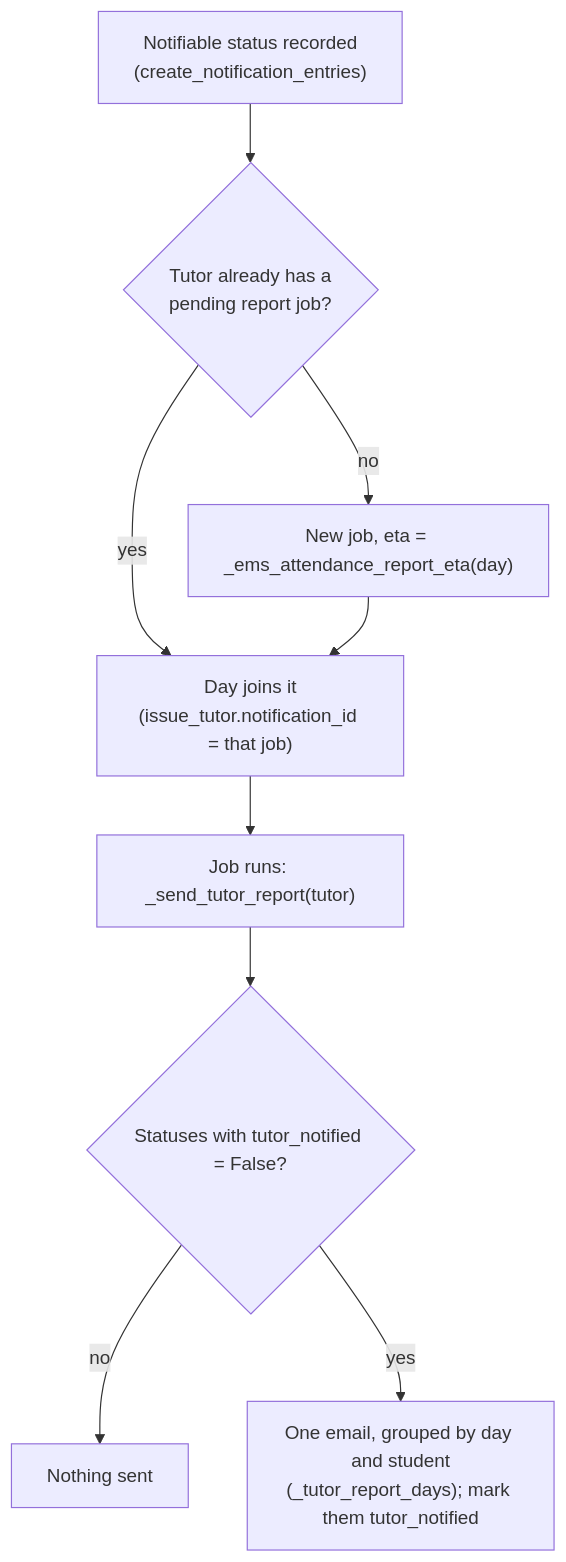
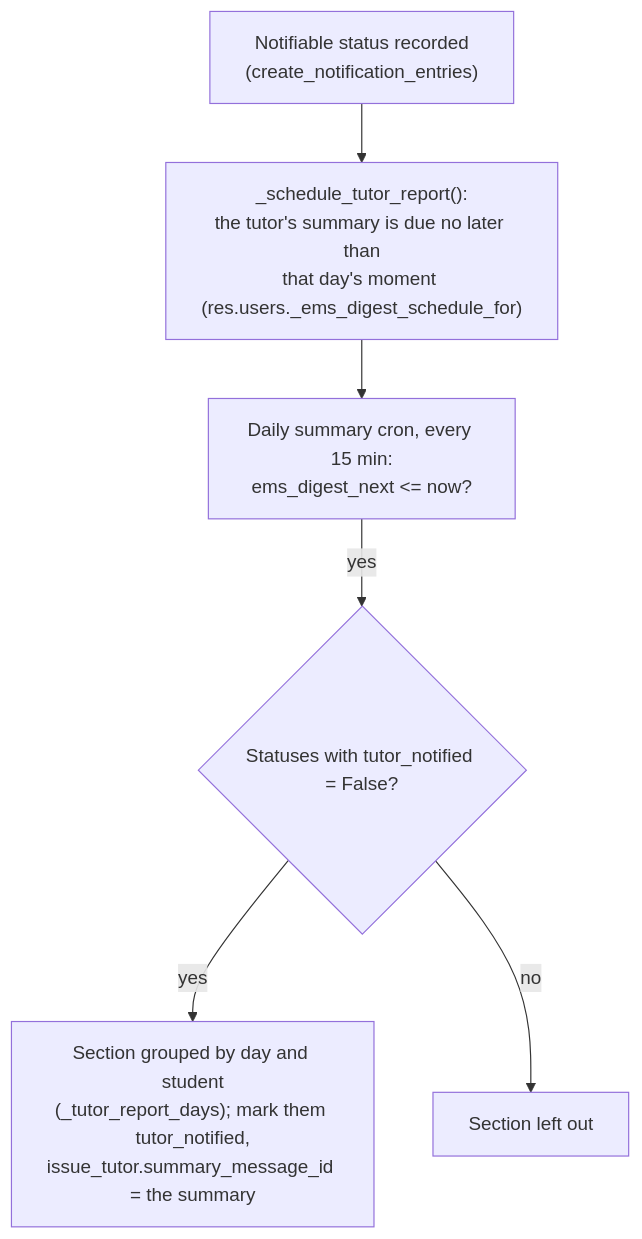
Before and after one commit to ElPuig/EMS: the second of 2 diagrams in docs/en/developers/attendance/attendance_issue.md, drawn with Mermaid. The commit also changed other lines of this file and 41 other files, not shown here.

First line of the commit message:
#644 Daily summary: tasks, tutor's attendance issues and informative notices in one message

````diff
--- a/docs/en/developers/attendance/attendance_issue.md
+++ b/docs/en/developers/attendance/attendance_issue.md
@@ -84,11 +67,8 @@
 ```mermaid
 flowchart TD
-    A["Notifiable status recorded\n(create_notification_entries)"] --> B{"Tutor already has a\npending report job?"}
-    B -- yes --> C["Day joins it\n(issue_tutor.notification_id = that job)"]
-    B -- no --> D["New job, eta = _ems_attendance_report_eta(day)"]
-    D --> C
-    C --> E["Job runs: _send_tutor_report(tutor)"]
-    E --> F{"Statuses with tutor_notified = False?"}
-    F -- no --> G["Nothing sent"]
-    F -- yes --> H["One email, grouped by day and student\n(_tutor_report_days); mark them tutor_notified"]
+    A["Notifiable status recorded\n(create_notification_entries)"] --> B["_schedule_tutor_report():\nthe tutor's summary is due no later than\nthat day's moment (res.users._ems_digest_schedule_for)"]
+    B --> C["Daily summary cron, every 15 min:\nems_digest_next <= now?"]
+    C -- yes --> D{"Statuses with tutor_notified = False?"}
+    D -- yes --> E["Section grouped by day and student\n(_tutor_report_days); mark them tutor_notified,\nissue_tutor.summary_message_id = the summary"]
+    D -- no --> F["Section left out"]
 ```
````
